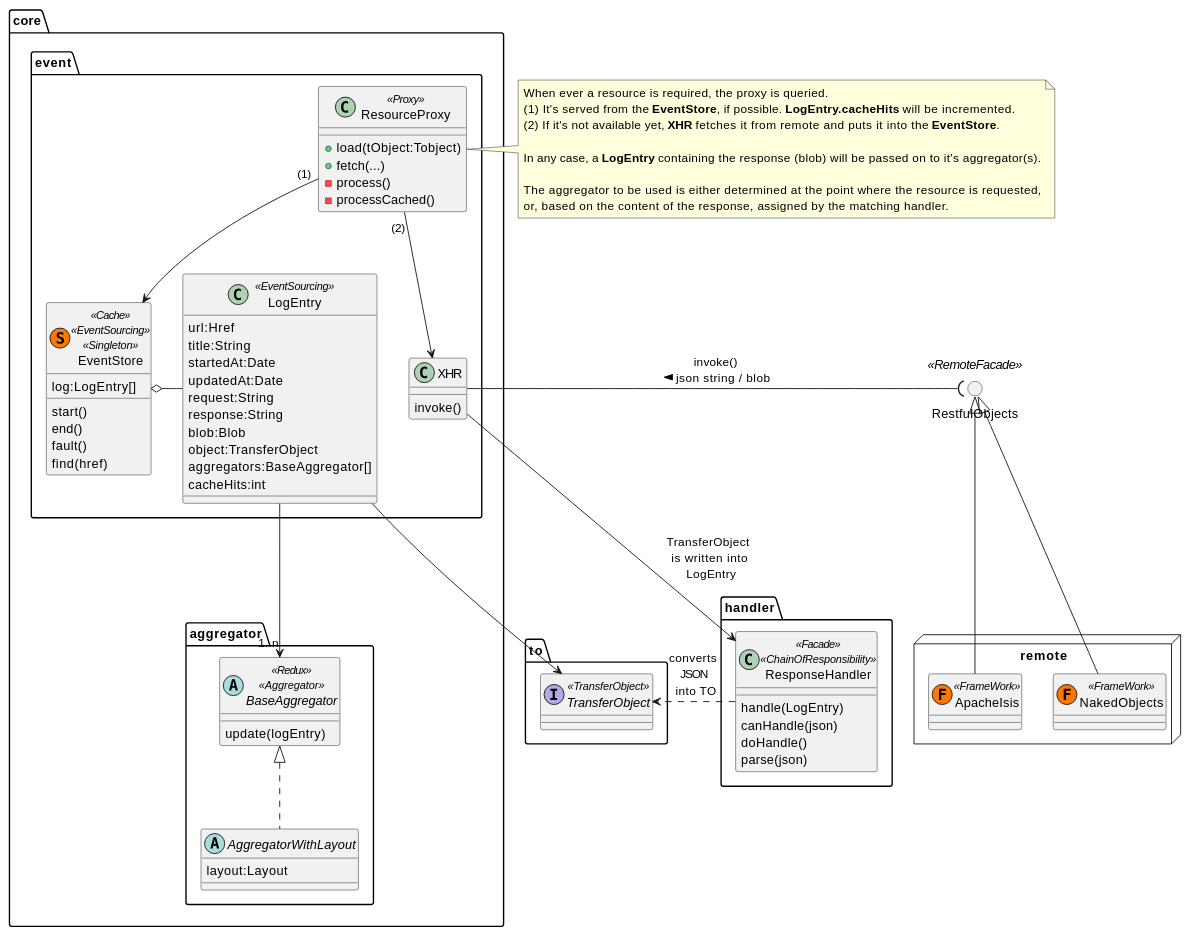
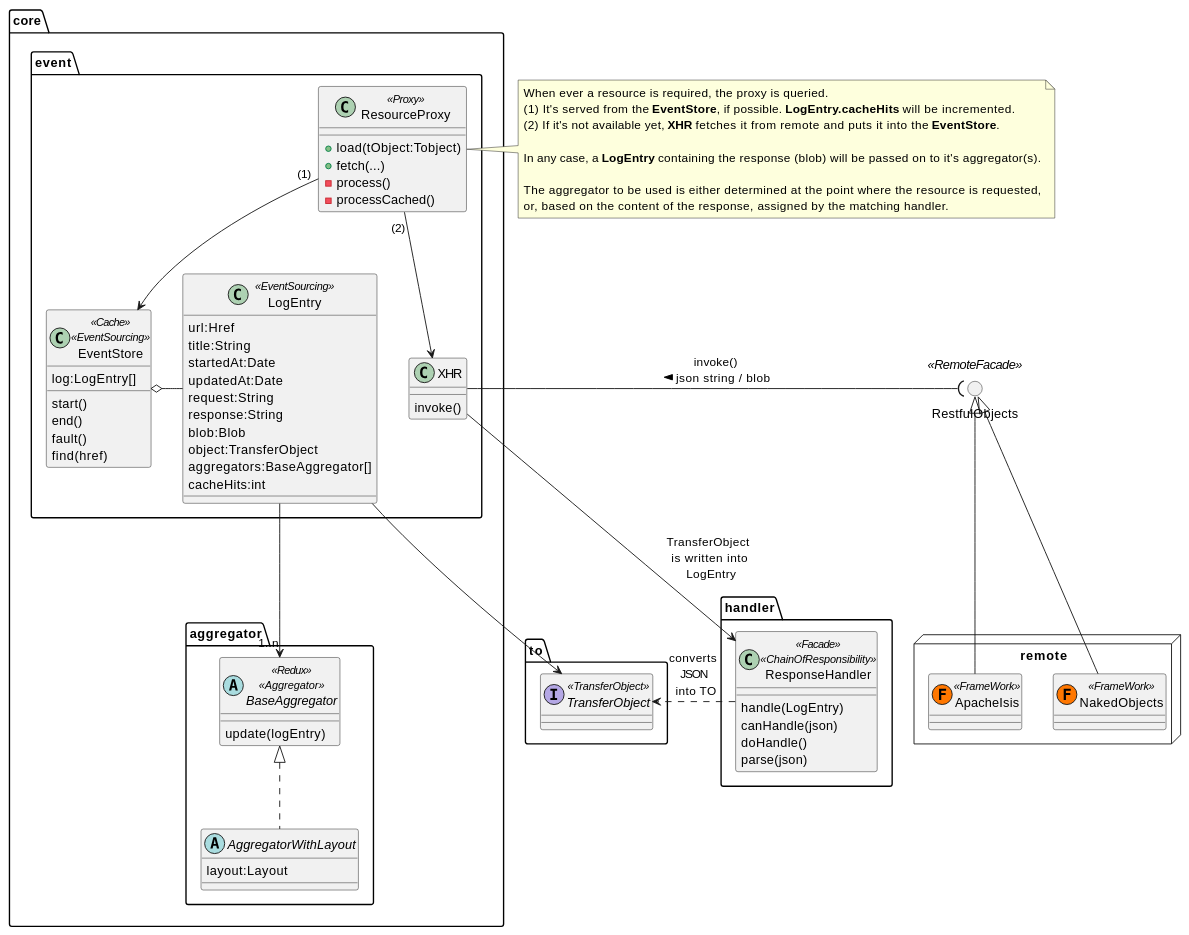
Before and after one commit to apache/causeway: the diagram in incubator/clients/kroviz/adoc/modules/kroviz/partials/design/uml-overview.adoc, drawn with PlantUML. The commit also changed 3 other files, not shown here.

```diff
--- a/incubator/clients/kroviz/adoc/modules/kroviz/partials/design/uml-overview.adoc
+++ b/incubator/clients/kroviz/adoc/modules/kroviz/partials/design/uml-overview.adoc
@@ -20,7 +20,7 @@
         class XHR {
             invoke()
         }
-        class EventStore<<Cache>><<EventSourcing>><<(S,#FF7700) Singleton>> {
+        class EventStore<<Cache>><<EventSourcing>> {
             log:LogEntry[]
             start()
             end()
```
